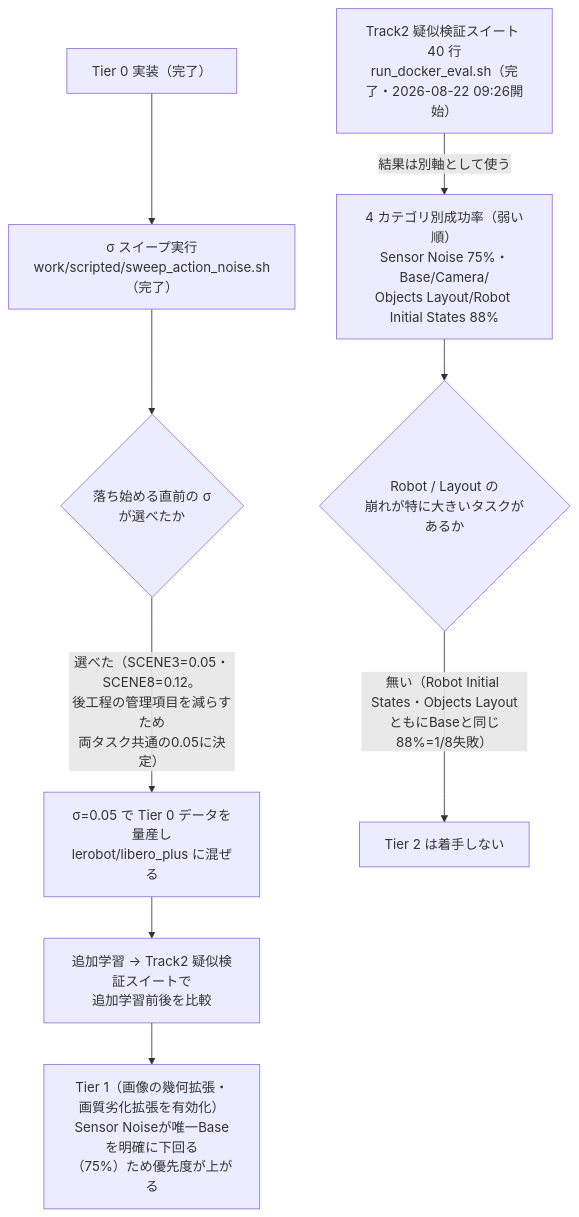
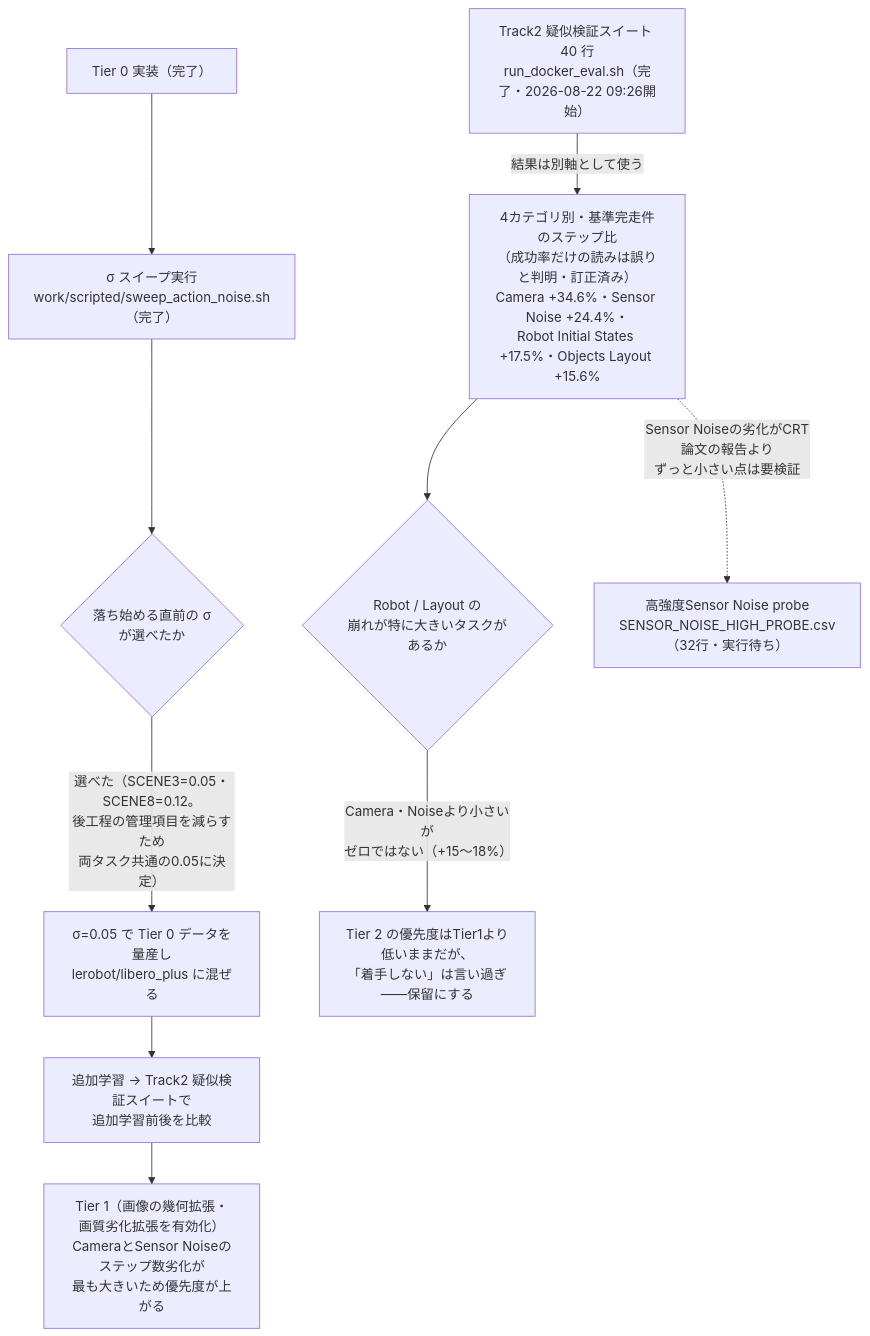
The diagram in docs/plan/09_demo_perturbation_pipeline.md (siruku6/PARC2026_pre), drawn with Mermaid before and after one commit. The commit also changed other lines of this file and 2 other files, not shown here.

First line of the commit message:
[docs] Track2疑似検証スイートの読み方を成功率からステップ数へ訂正し、高強度Noise probeを準備

````diff
--- a/docs/plan/09_demo_perturbation_pipeline.md
+++ b/docs/plan/09_demo_perturbation_pipeline.md
@@ -204,11 +204,12 @@
 ```mermaid
 flowchart TD
     A["Tier 0 実装（完了）"] --> B["σ スイープ実行<br/>work/scripted/sweep_action_noise.sh（完了）"]
     B --> C{"落ち始める直前の σ<br/>が選べたか"}
     C -->|"選べた（SCENE3=0.05・SCENE8=0.12。<br/>後工程の管理項目を減らすため<br/>両タスク共通の0.05に決定）"| D["σ=0.05 で Tier 0 データを量産し<br/>lerobot/libero_plus に混ぜる"]
     D --> E["追加学習 → Track2 疑似検証スイートで<br/>追加学習前後を比較"]
-    G["Track2 疑似検証スイート 40 行<br/>run_docker_eval.sh（完了・2026-08-22 09:26開始）"] -->|"結果は別軸として使う"| H["4 カテゴリ別成功率（弱い順）<br/>Sensor Noise 75%・Base/Camera/<br/>Objects Layout/Robot Initial States 88%"]
+    G["Track2 疑似検証スイート 40 行<br/>run_docker_eval.sh（完了・2026-08-22 09:26開始）"] -->|"結果は別軸として使う"| H["4カテゴリ別・基準完走件のステップ比<br/>（成功率だけの読みは誤りと判明・訂正済み）<br/>Camera +34.6%・Sensor Noise +24.4%・<br/>Robot Initial States +17.5%・Objects Layout +15.6%"]
     H --> I{"Robot / Layout の<br/>崩れが特に大きいタスクがあるか"}
-    I -->|"無い（Robot Initial States・Objects Layout<br/>ともにBaseと同じ88%=1/8失敗）"| K["Tier 2 は着手しない"]
-    E --> L["Tier 1（画像の幾何拡張・画質劣化拡張を有効化）<br/>Sensor Noiseが唯一Baseを明確に下回る<br/>（75%）ため優先度が上がる"]
+    I -->|"Camera・Noiseより小さいが<br/>ゼロではない（+15〜18%）"| K["Tier 2 の優先度はTier1より低いままだが、<br/>「着手しない」は言い過ぎ——保留にする"]
+    E --> L["Tier 1（画像の幾何拡張・画質劣化拡張を有効化）<br/>CameraとSensor Noiseのステップ数劣化が<br/>最も大きいため優先度が上がる"]
+    H -.->|"Sensor Noiseの劣化がCRT論文の報告より<br/>ずっと小さい点は要検証"| M["高強度Sensor Noise probe<br/>SENSOR_NOISE_HIGH_PROBE.csv（32行・実行待ち）"]
 ```
````
